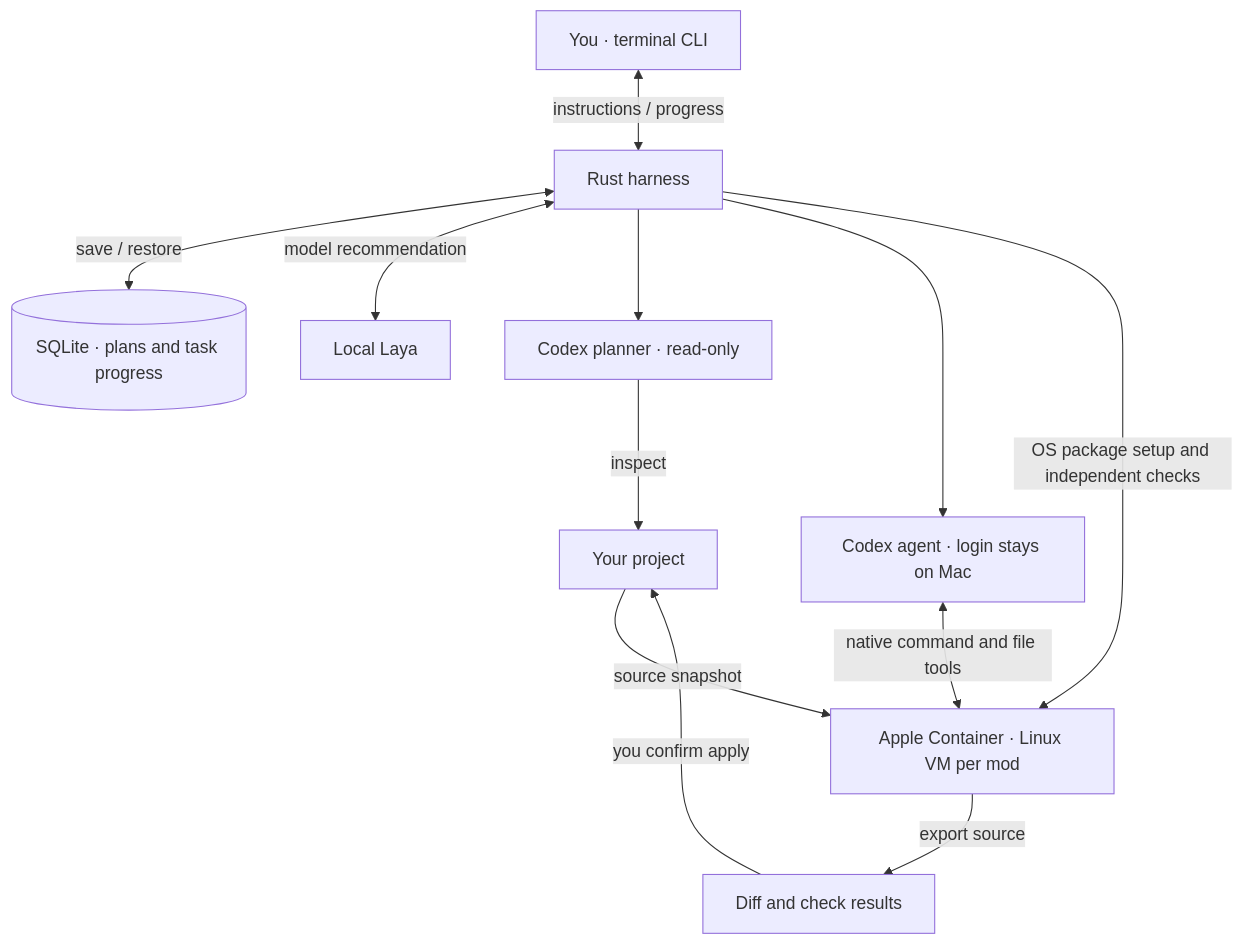
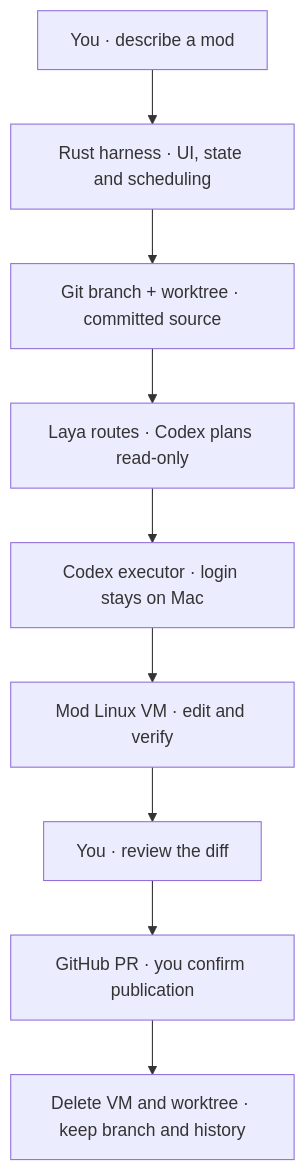
Before and after one commit to minimumeffort-dev/sprowt.harness: the diagram in README.md, drawn with Mermaid. The commit also changed other lines of this file and 14 other files, not shown here.

````diff
--- a/README.md
+++ b/README.md
@@ -31,14 +32,11 @@
 ```mermaid
 flowchart TB
-    terminal["You · terminal CLI"] <-->|"instructions / progress"| harness["Rust harness"]
-    harness <-->|"save / restore"| state[("SQLite · plans and task progress")]
-    harness <-->|"model recommendation"| laya["Local Laya"]
-    harness --> planner["Codex planner · read-only"]
-    planner -->|"inspect"| project["Your project"]
-    harness --> executor["Codex agent · login stays on Mac"]
-    project -->|"source snapshot"| vm["Apple Container · Linux VM per mod"]
-    executor <-->|"native command and file tools"| vm
-    harness -->|"OS package setup and independent checks"| vm
-    vm -->|"export source"| review["Diff and check results"]
-    review -->|"you confirm apply"| project
+    goal["You · describe a mod"] --> harness["Rust harness · UI, state and scheduling"]
+    harness --> worktree["Git branch + worktree · committed source"]
+    worktree --> planner["Laya routes · Codex plans read-only"]
+    planner --> executor["Codex executor · login stays on Mac"]
+    executor --> vm["Mod Linux VM · edit and verify"]
+    vm --> review["You · review the diff"]
+    review --> pr["GitHub PR · you confirm publication"]
+    pr --> cleanup["Delete VM and worktree · keep branch and history"]
 ```
````
